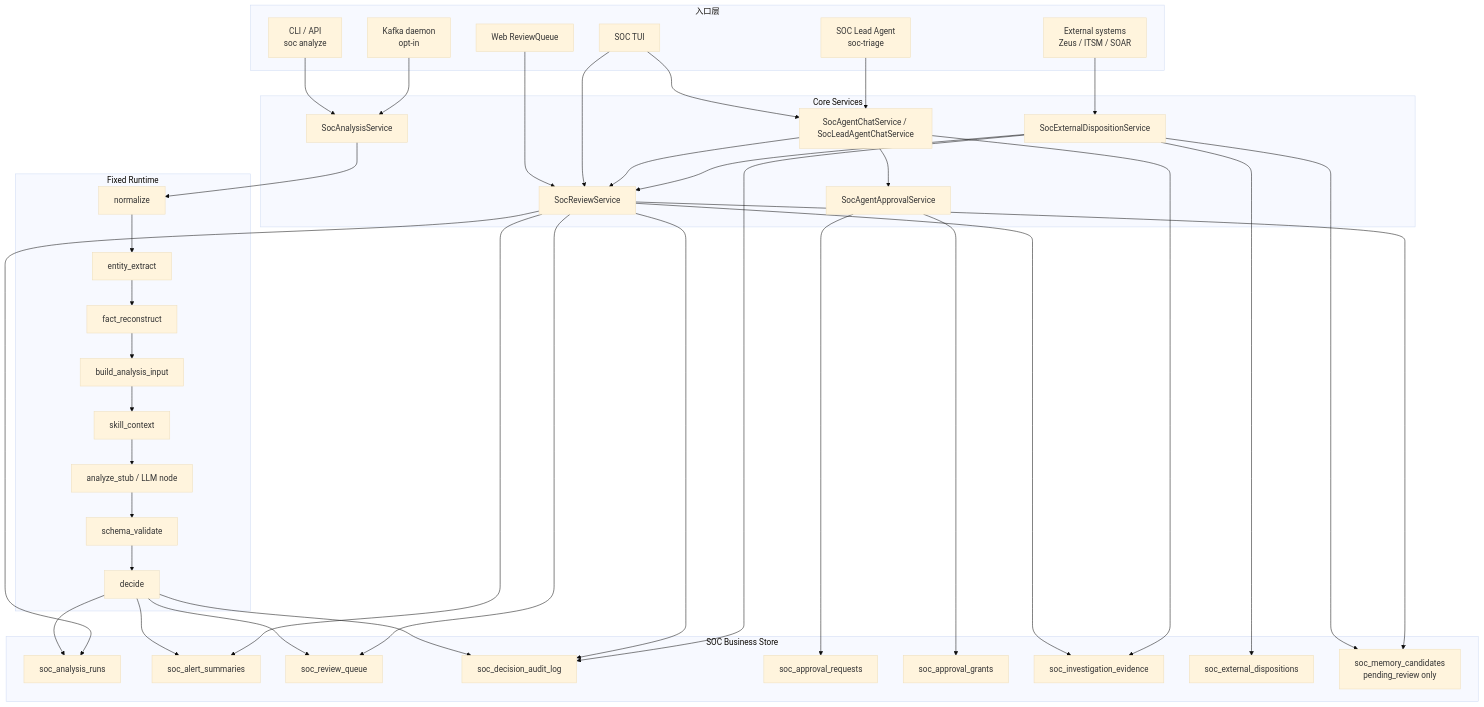
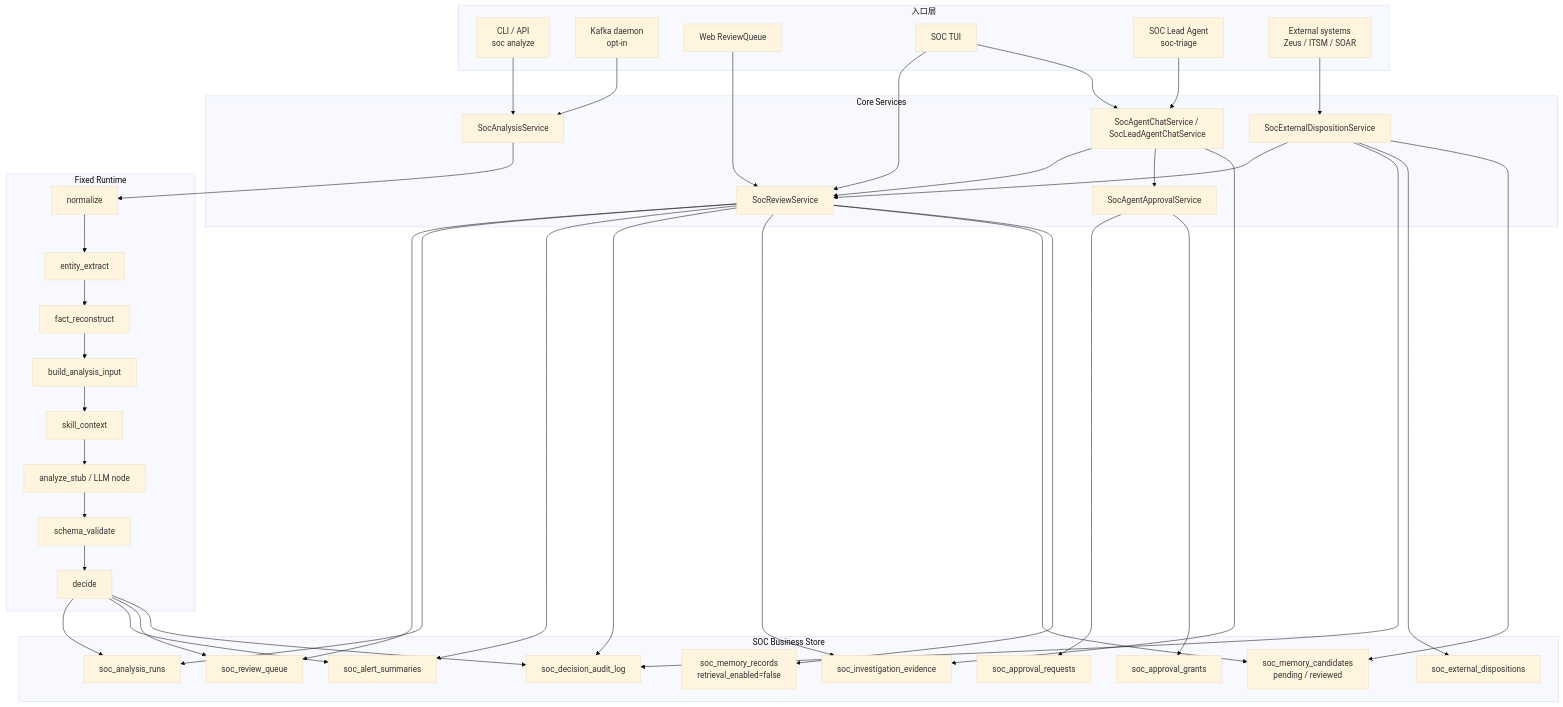
One commit to yydspanda/deer-flow changed the first of 7 diagrams in .notes/ai_soc/alert-lifecycle-flow.md. Above: the diagram before and after it, drawn with Mermaid (base theme). The commit also changed other lines of this file and 22 other files, not shown here.

Commit message:
Add SOC memory review workflow

````diff
--- a/.notes/ai_soc/alert-lifecycle-flow.md
+++ b/.notes/ai_soc/alert-lifecycle-flow.md
@@ -85,74 +86,76 @@
 ```mermaid
 flowchart TD
     subgraph Inputs["入口层"]
         CLI["CLI / API\nsoc analyze"]
         Kafka["Kafka daemon\nopt-in"]
         Web["Web ReviewQueue"]
         TUI["SOC TUI"]
         Lead["SOC Lead Agent\nsoc-triage"]
         External["External systems\nZeus / ITSM / SOAR"]
     end
 
     subgraph Core["Core Services"]
         Analysis["SocAnalysisService"]
         Review["SocReviewService"]
         Chat["SocAgentChatService / SocLeadAgentChatService"]
         Approval["SocAgentApprovalService"]
         ExternalSync["SocExternalDispositionService"]
     end
 
     subgraph Runtime["Fixed Runtime"]
         Normalize["normalize"]
         Entity["entity_extract"]
         Fact["fact_reconstruct"]
         BuildInput["build_analysis_input"]
         Skill["skill_context"]
         Analyze["analyze_stub / LLM node"]
         Validate["schema_validate"]
         Decide["decide"]
     end
 
     subgraph Stores["SOC Business Store"]
         Runs["soc_analysis_runs"]
         Summary["soc_alert_summaries"]
         Queue["soc_review_queue"]
         Audit["soc_decision_audit_log"]
         ApprovalReq["soc_approval_requests"]
         ApprovalGrant["soc_approval_grants"]
         Evidence["soc_investigation_evidence"]
         Disposition["soc_external_dispositions"]
-        MemoryCandidate["soc_memory_candidates\npending_review only"]
+        MemoryCandidate["soc_memory_candidates\npending / reviewed"]
+        MemoryRecord["soc_memory_records\nretrieval_enabled=false"]
     end
 
     CLI --> Analysis
     Kafka --> Analysis
     Web --> Review
     TUI --> Review
     TUI --> Chat
     Lead --> Chat
     External --> ExternalSync
 
     Analysis --> Normalize --> Entity --> Fact --> BuildInput --> Skill --> Analyze --> Validate --> Decide
 
     Decide --> Runs
     Decide --> Summary
     Decide --> Queue
     Decide --> Audit
 
     Review --> Queue
     Review --> Runs
     Review --> Summary
     Review --> Audit
     Review --> Evidence
 
     Chat --> Review
     Chat --> Approval
     Chat --> Evidence
     Approval --> ApprovalReq
     Approval --> ApprovalGrant
     ExternalSync --> Review
     ExternalSync --> Audit
     ExternalSync --> Disposition
     ExternalSync --> MemoryCandidate
     Review --> MemoryCandidate
+    Review --> MemoryRecord
 ```
````
